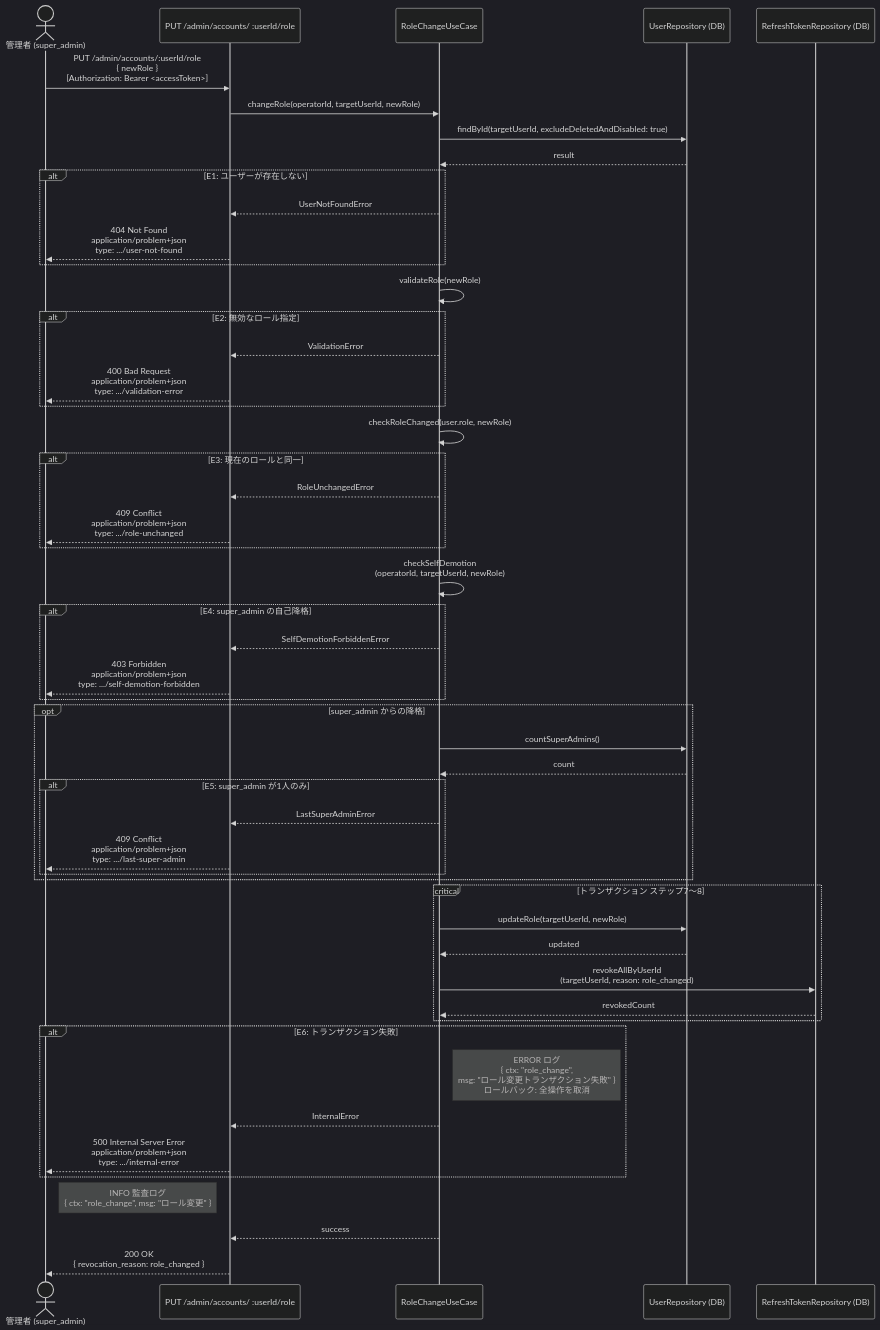
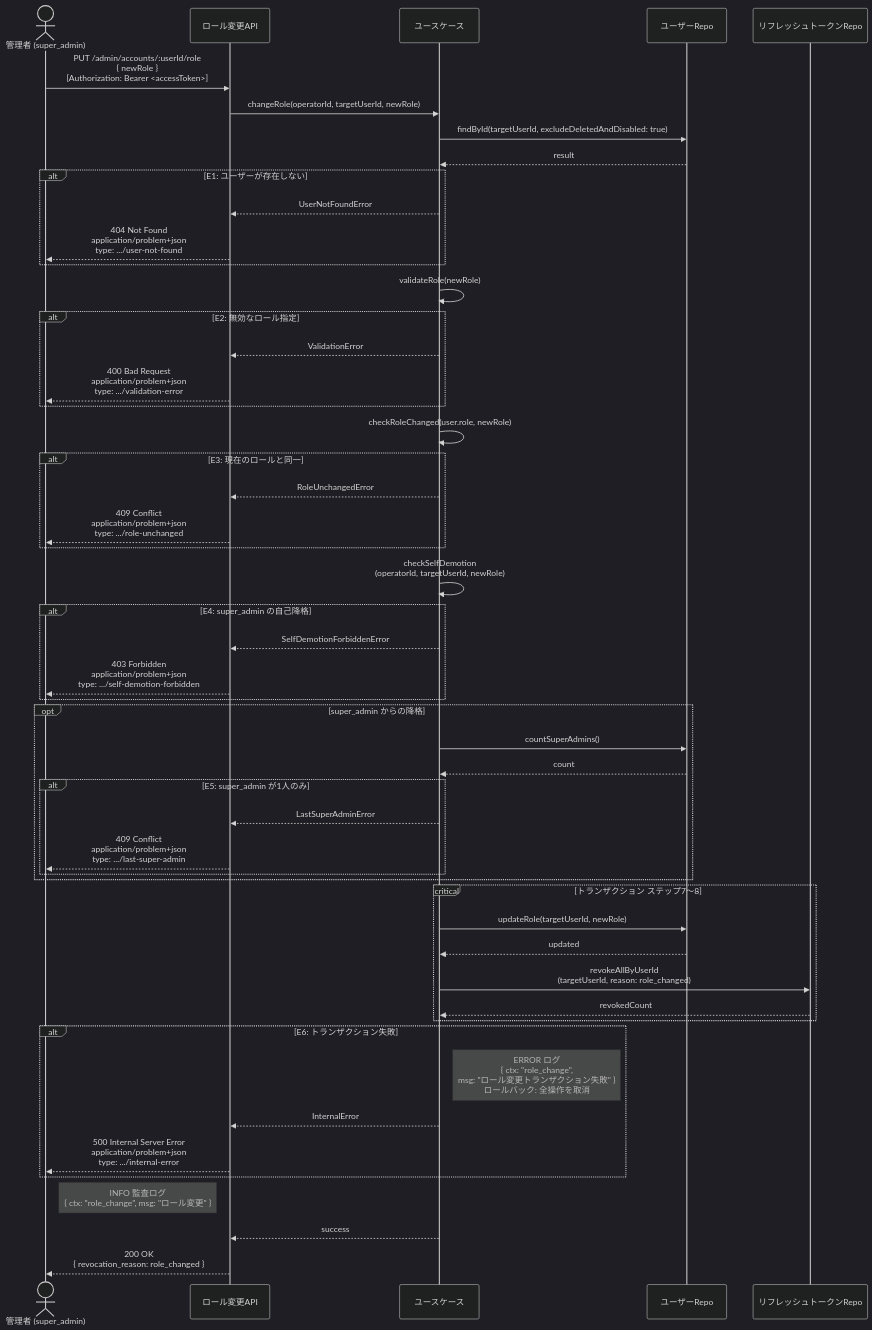
One commit to suunet/POC_HYDRA_AUTH changed the second of 2 diagrams in .docs/design/buc/BUC-A07.md. Above: the diagram before and after it, drawn with Mermaid (dark theme). The commit also changed 15 other files, not shown here.

````diff
--- a/.docs/design/buc/BUC-A07.md
+++ b/.docs/design/buc/BUC-A07.md
@@ -124,53 +124,53 @@
 ```mermaid
 sequenceDiagram
-  actor 管理者 as 管理者 (super_admin)
-  participant ロール変更API as PUT /admin/accounts/ :userId/role
-  participant ユースケース as RoleChangeUseCase
-  participant ユーザーRepo as UserRepository (DB)
-  participant リフレッシュトークンRepo as RefreshTokenRepository (DB)
-  管理者->>ロール変更API: PUT /admin/accounts/:userId/role<br/>{ newRole }<br/>[Authorization: Bearer <accessToken>]
-  ロール変更API->>ユースケース: changeRole(operatorId, targetUserId, newRole)
-  ユースケース->>ユーザーRepo: findById(targetUserId, excludeDeletedAndDisabled: true)
-  ユーザーRepo-->>ユースケース: result
+  actor Admin as 管理者 (super_admin)
+  participant RoleChangeAPI as ロール変更API
+  participant UseCase as ユースケース
+  participant UserRepo as ユーザーRepo
+  participant RefreshRepo as リフレッシュトークンRepo
+  Admin->>RoleChangeAPI: PUT /admin/accounts/:userId/role<br/>{ newRole }<br/>[Authorization: Bearer <accessToken>]
+  RoleChangeAPI->>UseCase: changeRole(operatorId, targetUserId, newRole)
+  UseCase->>UserRepo: findById(targetUserId, excludeDeletedAndDisabled: true)
+  UserRepo-->>UseCase: result
   alt E1: ユーザーが存在しない
-  ユースケース-->>ロール変更API: UserNotFoundError
-  ロール変更API-->>管理者: 404 Not Found<br/>application/problem+json<br/>type: .../user-not-found
+  UseCase-->>RoleChangeAPI: UserNotFoundError
+  RoleChangeAPI-->>Admin: 404 Not Found<br/>application/problem+json<br/>type: .../user-not-found
   end
-  ユースケース->>ユースケース: validateRole(newRole)
+  UseCase->>UseCase: validateRole(newRole)
   alt E2: 無効なロール指定
-  ユースケース-->>ロール変更API: ValidationError
-  ロール変更API-->>管理者: 400 Bad Request<br/>application/problem+json<br/>type: .../validation-error
+  UseCase-->>RoleChangeAPI: ValidationError
+  RoleChangeAPI-->>Admin: 400 Bad Request<br/>application/problem+json<br/>type: .../validation-error
   end
-  ユースケース->>ユースケース: checkRoleChanged(user.role, newRole)
+  UseCase->>UseCase: checkRoleChanged(user.role, newRole)
   alt E3: 現在のロールと同一
-  ユースケース-->>ロール変更API: RoleUnchangedError
-  ロール変更API-->>管理者: 409 Conflict<br/>application/problem+json<br/>type: .../role-unchanged
+  UseCase-->>RoleChangeAPI: RoleUnchangedError
+  RoleChangeAPI-->>Admin: 409 Conflict<br/>application/problem+json<br/>type: .../role-unchanged
   end
-  ユースケース->>ユースケース: checkSelfDemotion<br/>(operatorId, targetUserId, newRole)
+  UseCase->>UseCase: checkSelfDemotion<br/>(operatorId, targetUserId, newRole)
   alt E4: super_admin の自己降格
-  ユースケース-->>ロール変更API: SelfDemotionForbiddenError
-  ロール変更API-->>管理者: 403 Forbidden<br/>application/problem+json<br/>type: .../self-demotion-forbidden
+  UseCase-->>RoleChangeAPI: SelfDemotionForbiddenError
+  RoleChangeAPI-->>Admin: 403 Forbidden<br/>application/problem+json<br/>type: .../self-demotion-forbidden
   end
   opt super_admin からの降格
-  ユースケース->>ユーザーRepo: countSuperAdmins()
-  ユーザーRepo-->>ユースケース: count
+  UseCase->>UserRepo: countSuperAdmins()
+  UserRepo-->>UseCase: count
   alt E5: super_admin が1人のみ
-  ユースケース-->>ロール変更API: LastSuperAdminError
-  ロール変更API-->>管理者: 409 Conflict<br/>application/problem+json<br/>type: .../last-super-admin
+  UseCase-->>RoleChangeAPI: LastSuperAdminError
+  RoleChangeAPI-->>Admin: 409 Conflict<br/>application/problem+json<br/>type: .../last-super-admin
   end
   end
   critical トランザクション ステップ7〜8
-  ユースケース->>ユーザーRepo: updateRole(targetUserId, newRole)
-  ユーザーRepo-->>ユースケース: updated
-  ユースケース->>リフレッシュトークンRepo: revokeAllByUserId<br/>(targetUserId, reason: role_changed)
-  リフレッシュトークンRepo-->>ユースケース: revokedCount
+  UseCase->>UserRepo: updateRole(targetUserId, newRole)
+  UserRepo-->>UseCase: updated
+  UseCase->>RefreshRepo: revokeAllByUserId<br/>(targetUserId, reason: role_changed)
+  RefreshRepo-->>UseCase: revokedCount
   end
   alt E6: トランザクション失敗
-  Note right of ユースケース: ERROR ログ<br/>{ ctx: "role_change",<br/>msg: "ロール変更トランザクション失敗" }<br/>ロールバック: 全操作を取消
-  ユースケース-->>ロール変更API: InternalError
-  ロール変更API-->>管理者: 500 Internal Server Error<br/>application/problem+json<br/>type: .../internal-error
+  Note right of UseCase: ERROR ログ<br/>{ ctx: "role_change",<br/>msg: "ロール変更トランザクション失敗" }<br/>ロールバック: 全操作を取消
+  UseCase-->>RoleChangeAPI: InternalError
+  RoleChangeAPI-->>Admin: 500 Internal Server Error<br/>application/problem+json<br/>type: .../internal-error
   end
-  Note right of 管理者: INFO 監査ログ<br/>{ ctx: "role_change", msg: "ロール変更" }
-  ユースケース-->>ロール変更API: success
-  ロール変更API-->>管理者: 200 OK<br/>{ revocation_reason: role_changed }
+  Note right of Admin: INFO 監査ログ<br/>{ ctx: "role_change", msg: "ロール変更" }
+  UseCase-->>RoleChangeAPI: success
+  RoleChangeAPI-->>Admin: 200 OK<br/>{ revocation_reason: role_changed }
 ```
````
